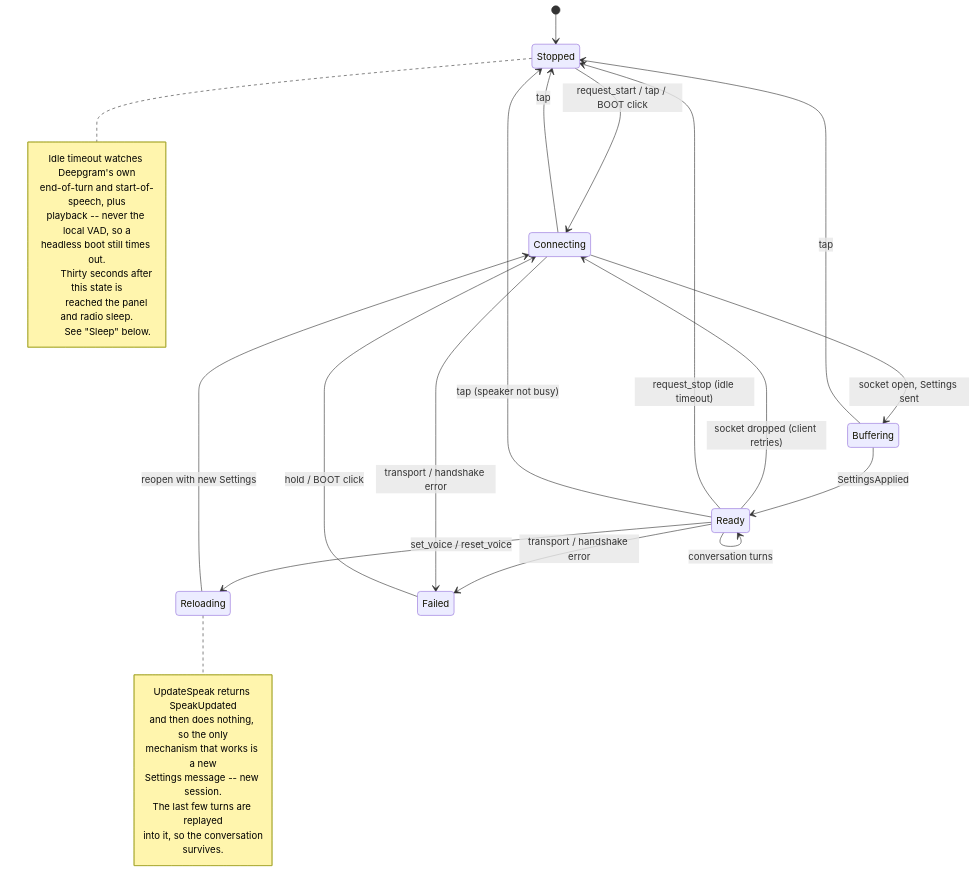
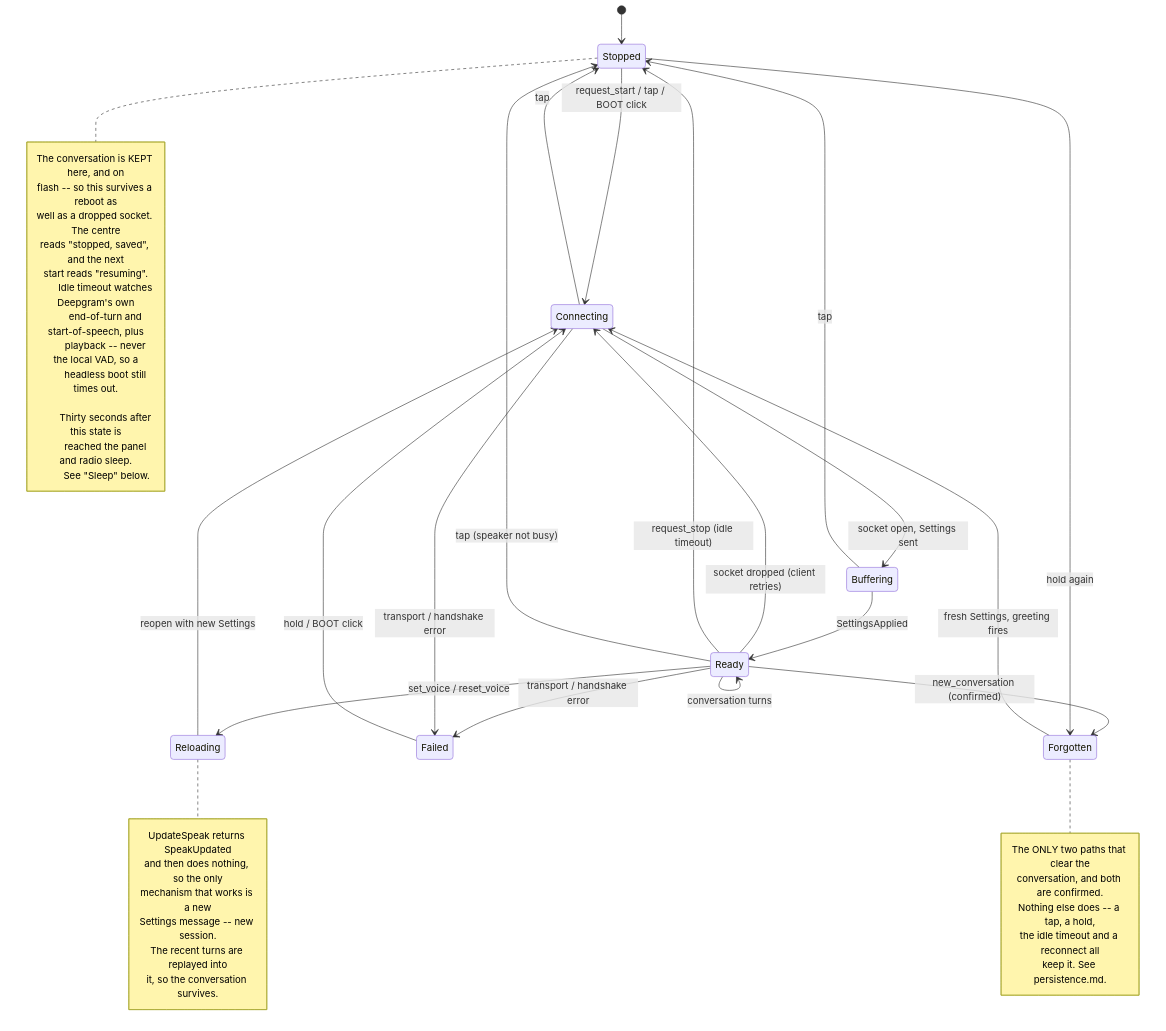
The third of 9 diagrams in docs/architecture.md (dg-edcharbeneau/esp32-deepgram-voice-agent), drawn with Mermaid before and after one commit. The commit also changed other lines of this file and 2 other files, not shown here.

First line of the commit message:
Revert the WebSocket tx-lock: it was already tried and it wedges the client

````diff
--- a/docs/architecture.md
+++ b/docs/architecture.md
@@ -146,43 +152,60 @@
 ```mermaid
 stateDiagram-v2
     [*] --> Stopped
 
     Stopped --> Connecting: request_start / tap / BOOT click
     Connecting --> Buffering: socket open, Settings sent
     Buffering --> Ready: SettingsApplied
     Ready --> Ready: conversation turns
     Ready --> Connecting: socket dropped (client retries)
 
     Ready --> Stopped: request_stop (idle timeout)
     Ready --> Stopped: tap (speaker not busy)
     Buffering --> Stopped: tap
     Connecting --> Stopped: tap
 
     Ready --> Reloading: set_voice / reset_voice
     Reloading --> Connecting: reopen with new Settings
 
     Ready --> Failed: transport / handshake error
     Connecting --> Failed: transport / handshake error
     Failed --> Connecting: hold / BOOT click
 
+    Ready --> Forgotten: new_conversation (confirmed)
+    Stopped --> Forgotten: hold again
+    Forgotten --> Connecting: fresh Settings, greeting fires
+
     note right of Reloading
         UpdateSpeak returns SpeakUpdated
         and then does nothing, so the only
         mechanism that works is a new
         Settings message -- new session.
-        The last few turns are replayed
-        into it, so the conversation
-        survives.
+        The recent turns are replayed into
+        it, so the conversation survives.
+    end note
+
+    note right of Forgotten
+        The ONLY two paths that clear the
+        conversation, and both are confirmed.
+        Nothing else does -- a tap, a hold,
+        the idle timeout and a reconnect all
+        keep it. See persistence.md.
     end note
 
     note right of Stopped
+        The conversation is KEPT here, and on
+        flash -- so this survives a reboot as
+        well as a dropped socket. The centre
+        reads "stopped, saved", and the next
+        start reads "resuming".
+
         Idle timeout watches Deepgram's own
         end-of-turn and start-of-speech, plus
         playback -- never the local VAD, so a
         headless boot still times out.
 
         Thirty seconds after this state is
         reached the panel and radio sleep.
         See "Sleep" below.
     end note
 ```
````
